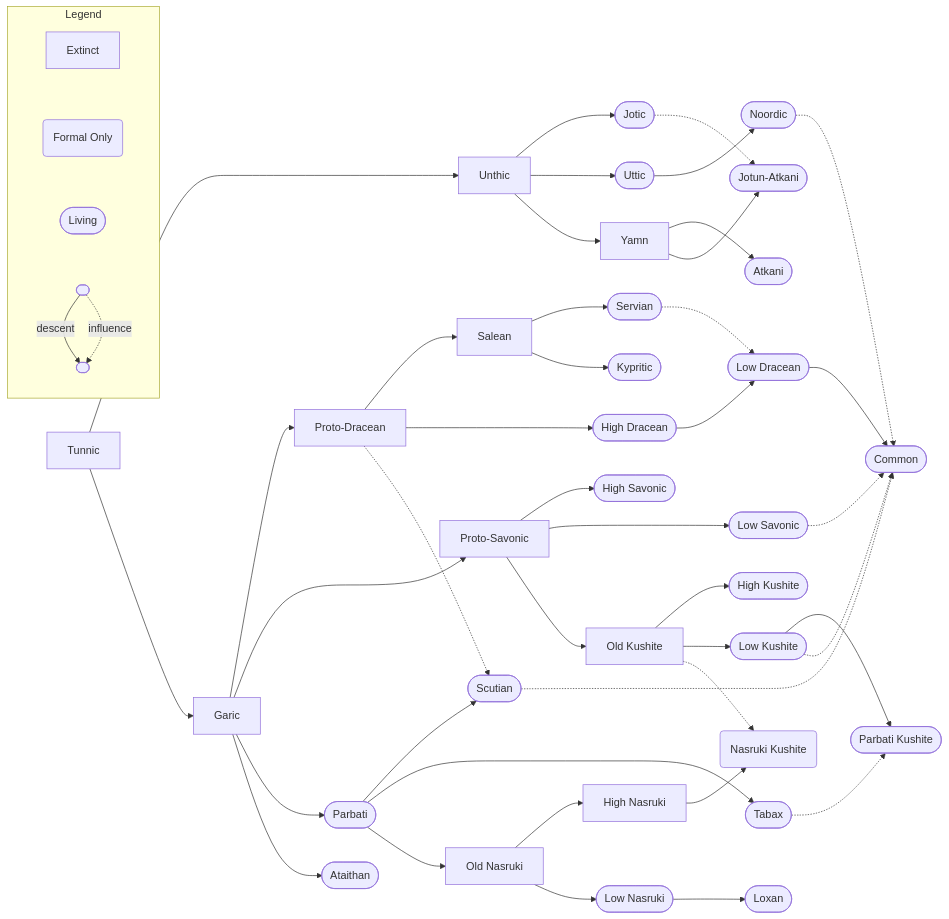
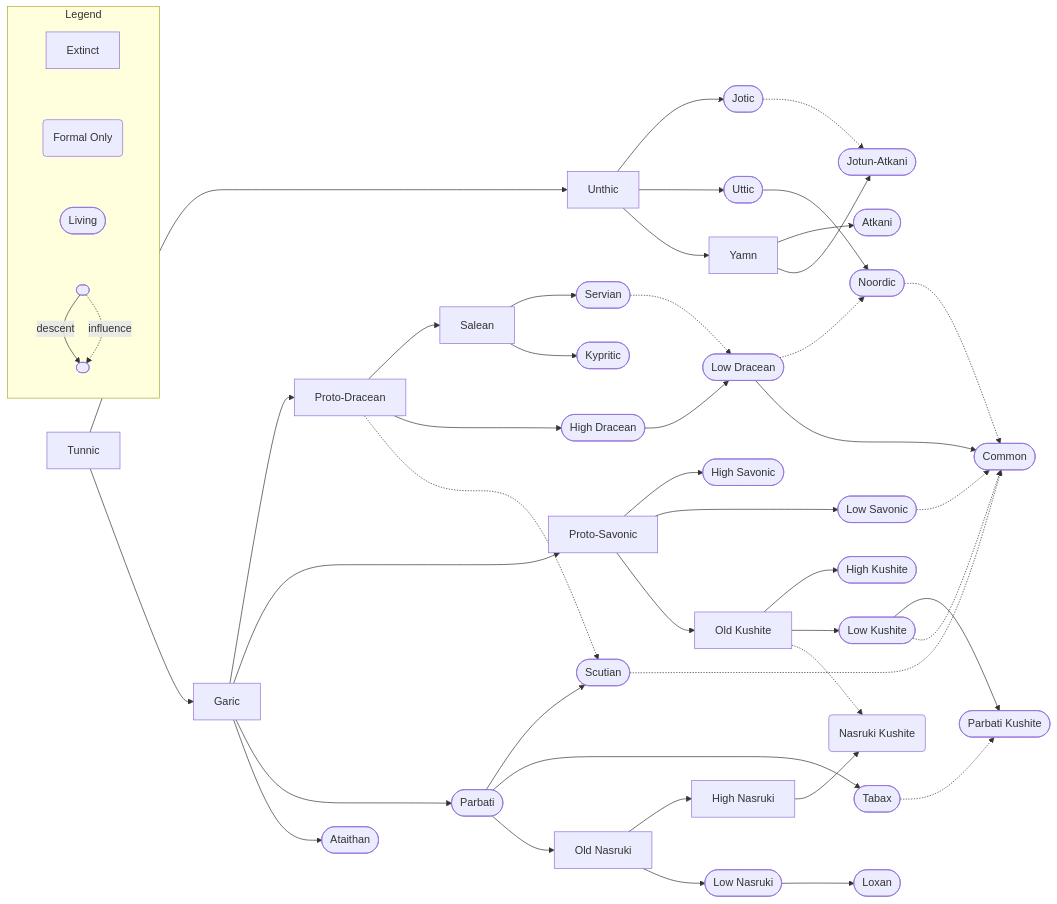
The diagram in source/lore/languages/index.md (TEParsons/Iuncterra), drawn with Mermaid before and after one commit. The commit also changed other lines of this file and 1 other file, not shown here.

Commit message:
Add Noordic language

```diff
--- a/source/lore/languages/index.md
+++ b/source/lore/languages/index.md
@@ -46,6 +45,7 @@
 unthic --> jotic
 unthic --> uttic
 unthic --> yamn
+low-dracean -.-> noordic
 uttic --> noordic
 yamn --> atkani
 yamn --> jotun-atkani
```
